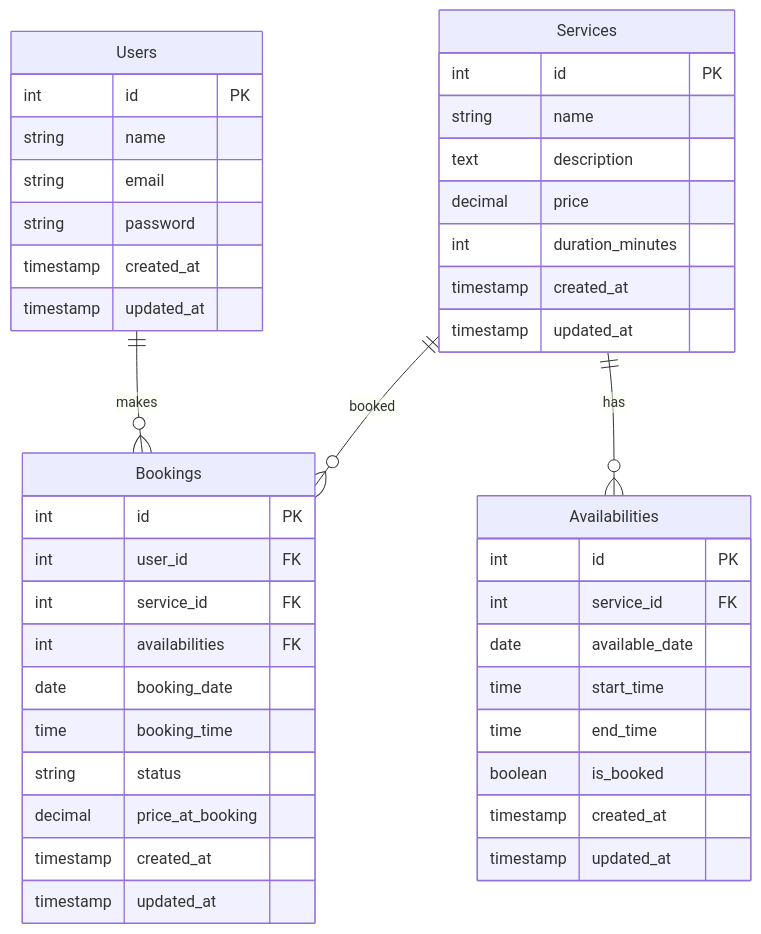
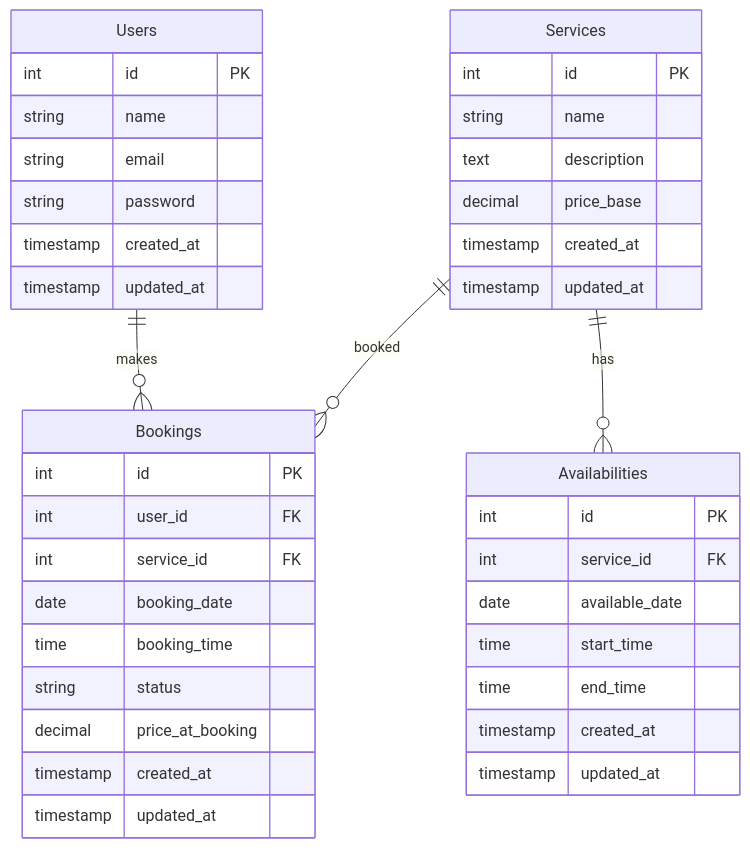
One commit to GeanVillamar/booking-system changed the first of 2 diagrams in README.md. Above: the diagram before and after it, drawn with Mermaid. The commit also changed other lines of this file, not shown here.

Commit message:
add readme new diagram

````diff
--- a/README.md
+++ b/README.md
@@ -23,51 +23,48 @@
 ```mermaid
 erDiagram
     Users {
         int id PK
         string name
         string email
         string password
         timestamp created_at
         timestamp updated_at
     }
 
     Services {
         int id PK
         string name
         text description
-        decimal price
-        int duration_minutes
+        decimal price_base
         timestamp created_at
         timestamp updated_at
     }
 
     Bookings {
         int id PK
         int user_id FK
         int service_id FK
-        int availabilities FK
         date booking_date
         time booking_time
         string status
         decimal price_at_booking
         timestamp created_at
         timestamp updated_at
     }
 
     Availabilities {
         int id PK
         int service_id FK
         date available_date
         time start_time
         time end_time
-        boolean is_booked
         timestamp created_at
         timestamp updated_at
     }
 
 
     Users ||--o{ Bookings : makes
     Services ||--o{ Bookings : booked
     Services ||--o{ Availabilities : has
 
 ```
````
